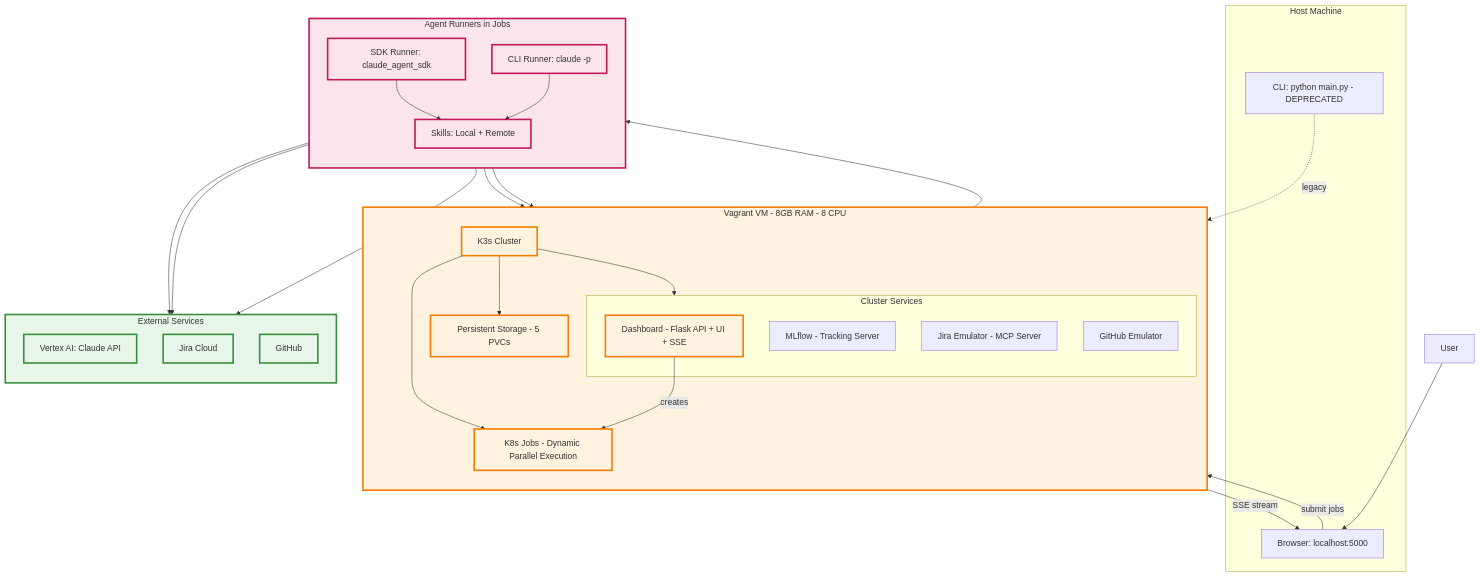
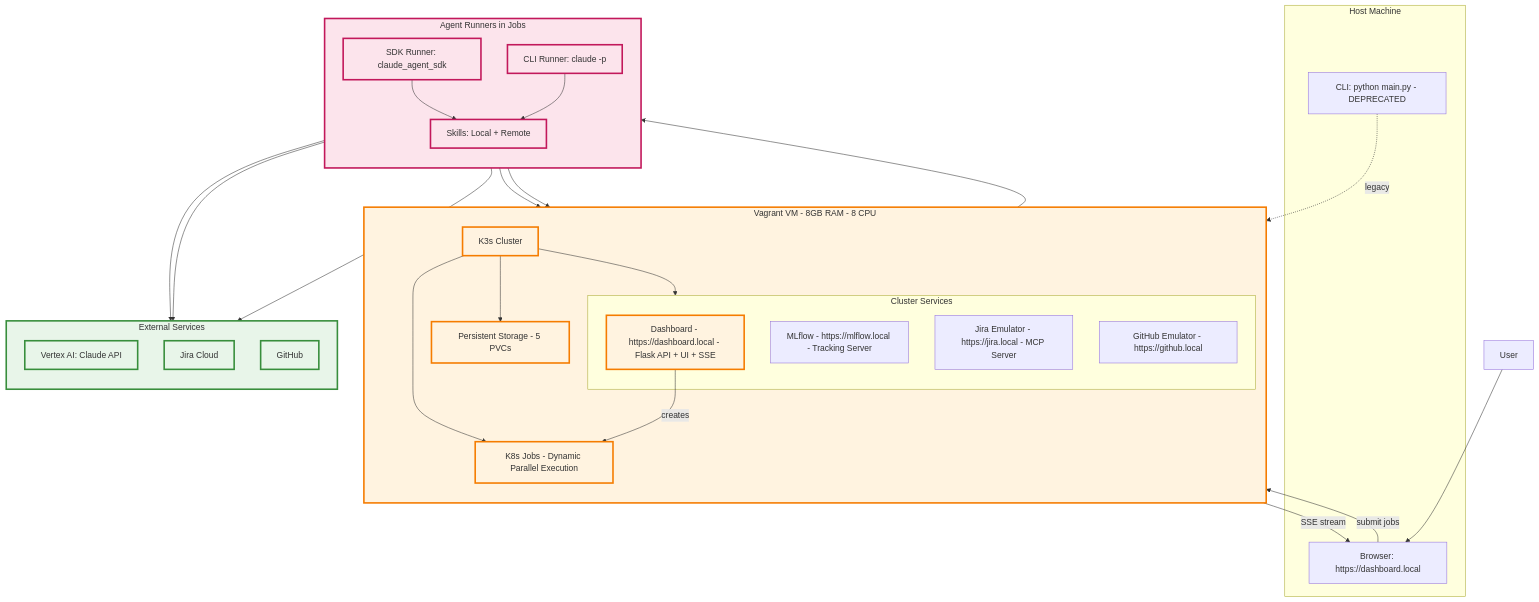
The diagram in docs/architecture-overview.mmd (jctanner/ai-first-pipeline), drawn with Mermaid before and after one commit. The commit also changed 3 other files, not shown here.

First line of the commit message:
Update diagrams to use Traefik ingress hostnames instead of localhost ports

```diff
--- a/docs/architecture-overview.mmd
+++ b/docs/architecture-overview.mmd
@@ -1,68 +1,68 @@
 graph TB
     User["User"]
 
     subgraph Host["Host Machine"]
-        Browser["Browser: localhost:5000"]
+        Browser["Browser: https://dashboard.local"]
         CLI["CLI: python main.py - DEPRECATED"]
     end
 
     subgraph VM["Vagrant VM - 8GB RAM - 8 CPU"]
         direction TB
 
         K3s["K3s Cluster"]
         Storage["Persistent Storage - 5 PVCs"]
 
         subgraph Services["Cluster Services"]
-            Dashboard["Dashboard - Flask API + UI + SSE"]
-            MLflow["MLflow - Tracking Server"]
-            JiraEmu["Jira Emulator - MCP Server"]
-            GitHubEmu["GitHub Emulator"]
+            Dashboard["Dashboard - https://dashboard.local - Flask API + UI + SSE"]
+            MLflow["MLflow - https://mlflow.local - Tracking Server"]
+            JiraEmu["Jira Emulator - https://jira.local - MCP Server"]
+            GitHubEmu["GitHub Emulator - https://github.local"]
         end
 
         Jobs["K8s Jobs - Dynamic Parallel Execution"]
 
         K3s --> Storage
         K3s --> Services
         K3s --> Jobs
         Dashboard -->|creates| Jobs
     end
 
     subgraph Runners["Agent Runners in Jobs"]
         direction TB
         SDKRunner["SDK Runner: claude_agent_sdk"]
         CLIRunner["CLI Runner: claude -p"]
         Skills["Skills: Local + Remote"]
 
         SDKRunner --> Skills
         CLIRunner --> Skills
     end
 
     subgraph External["External Services"]
         direction TB
         VertexAI["Vertex AI: Claude API"]
         JiraCloud["Jira Cloud"]
         GitHub["GitHub"]
     end
 
     User --> Browser
 
     Browser -->|submit jobs| Dashboard
     Dashboard -->|SSE stream| Browser
 
     CLI -.->|legacy| K3s
 
     Jobs --> Runners
 
     Runners --> VertexAI
     Runners --> MLflow
     Runners --> JiraEmu
     Runners --> JiraCloud
     Runners --> GitHub
 
     classDef vm fill:#fff3e0,stroke:#f57c00,stroke-width:3px
     classDef runner fill:#fce4ec,stroke:#c2185b,stroke-width:3px
     classDef external fill:#e8f5e9,stroke:#388e3c,stroke-width:3px
 
     class VM,K3s,Storage,Dashboard,Jobs vm
     class Runners,SDKRunner,CLIRunner,Skills runner
     class External,VertexAI,JiraCloud,GitHub external
```
